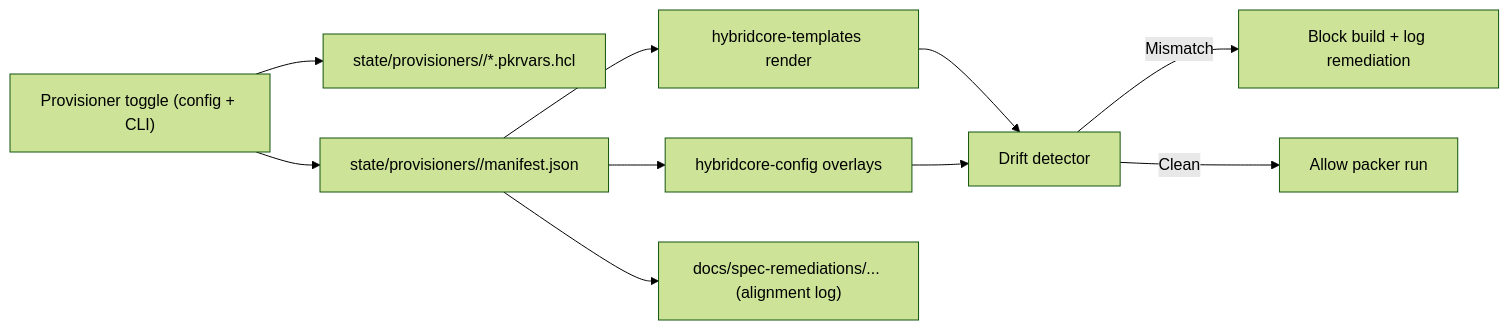
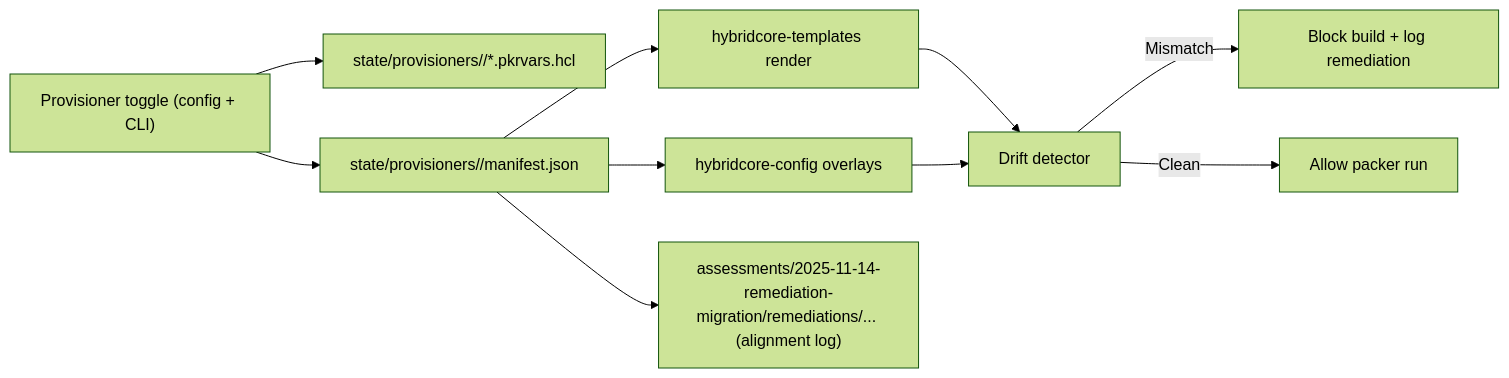
The diagram in openspec/specs/hybridcore-provisioners/metadata-propagation.md (geho/packer-hybrid), drawn with Mermaid (forest theme) before and after one commit. The commit also changed 108 other files, not shown here.

````diff
--- a/openspec/specs/hybridcore-provisioners/metadata-propagation.md
+++ b/openspec/specs/hybridcore-provisioners/metadata-propagation.md
@@ -1,12 +1,12 @@
 ```mermaid
 flowchart LR
   Toggle["Provisioner toggle (config + CLI)"] --> Vars["state/provisioners/<env>/*.pkrvars.hcl"]
   Toggle --> Manifest["state/provisioners/<env>/manifest.json"]
   Manifest --> Templates["hybridcore-templates render"]
   Manifest --> Config["hybridcore-config overlays"]
   Templates --> Drift["Drift detector"]
   Config --> Drift
   Drift -->|Mismatch| Block["Block build + log remediation"]
   Drift -->|Clean| Approve["Allow packer run"]
-  Manifest --> Security["docs/spec-remediations/... (alignment log)"]
+  Manifest --> Security["assessments/2025-11-14-remediation-migration/remediations/... (alignment log)"]
 ```
````
